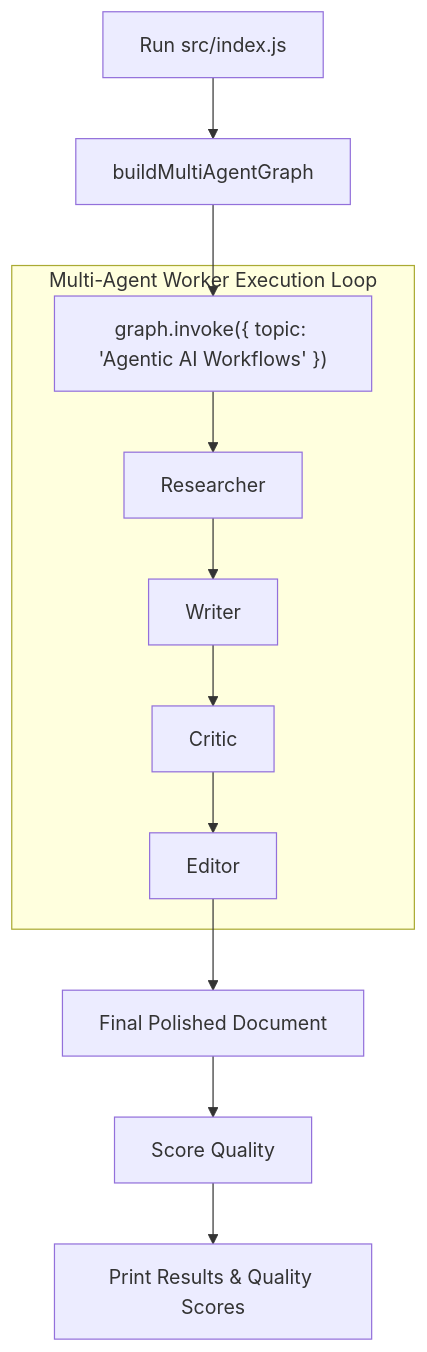
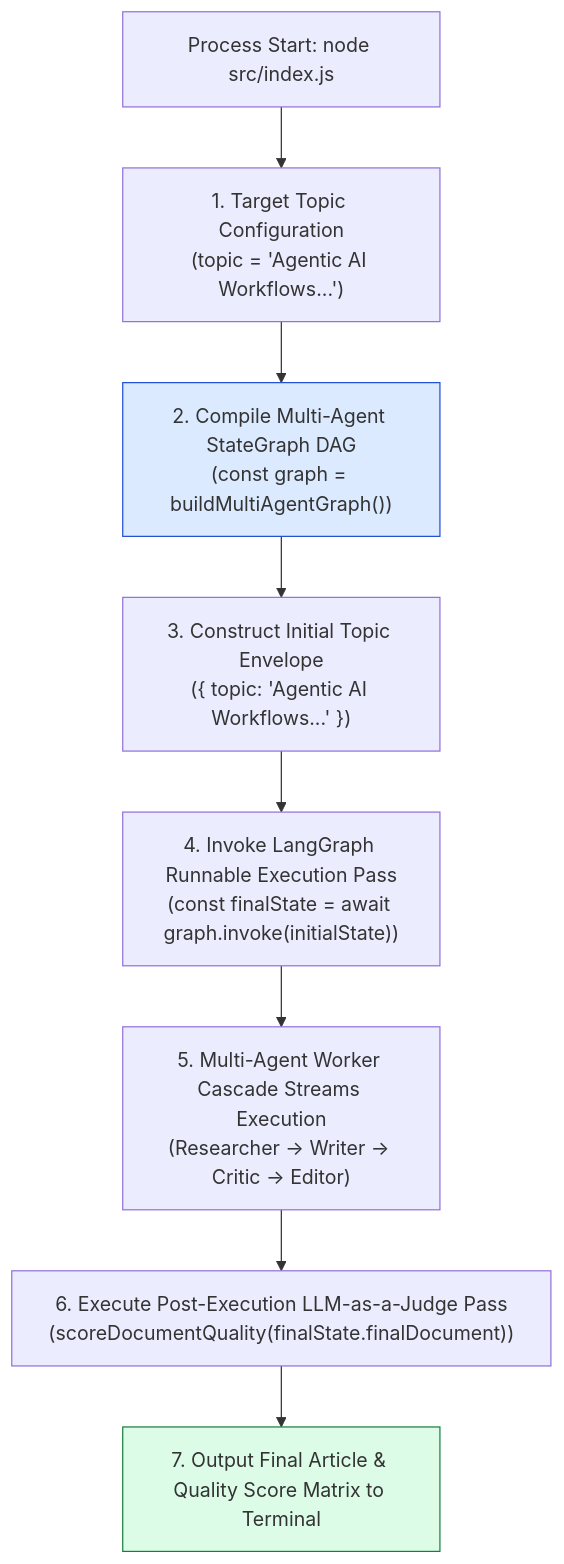
Before and after one commit to Amie-dev/engineering-playbook: the first of 2 diagrams in agentic-ai-notes/07-neta-multiagent/12-neta-multiagent-runner.md, drawn with Mermaid. The commit also changed other lines of this file and 12 other files, not shown here.

First line of the commit message:
Refactor multi-agent architecture with centralized memory bus, prompts, tools, and quality evaluation

````diff
--- a/agentic-ai-notes/07-neta-multiagent/12-neta-multiagent-runner.md
+++ b/agentic-ai-notes/07-neta-multiagent/12-neta-multiagent-runner.md
@@ -10,16 +13,19 @@
 ```mermaid
 flowchart TD
-    Start[Run src/index.js] --> BuildGraph[buildMultiAgentGraph]
-    BuildGraph --> Invoke["graph.invoke({ topic: 'Agentic AI Workflows' })"]
+    Launch[Process Start: node src/index.js] --> Step1["1. Target Topic Configuration<br/>(topic = 'Agentic AI Workflows...')"]
 
-    subgraph Multi-Agent Worker Execution Loop
-        Invoke --> Researcher[Researcher]
-        Researcher --> Writer[Writer]
-        Writer --> Critic[Critic]
-        Critic --> Editor[Editor]
-    end
+    Step1 --> Step2["2. Compile Multi-Agent StateGraph DAG<br/>(const graph = buildMultiAgentGraph())"]
 
-    Editor --> FinalDoc[Final Polished Document]
-    FinalDoc --> Eval[Score Quality]
-    Eval --> Output[Print Results & Quality Scores]
+    Step2 --> Step3["3. Construct Initial Topic Envelope<br/>({ topic: 'Agentic AI Workflows...' })"]
+
+    Step3 --> Step4["4. Invoke LangGraph Runnable Execution Pass<br/>(const finalState = await graph.invoke(initialState))"]
+
+    Step4 --> WorkerCascade["5. Multi-Agent Worker Cascade Streams Execution<br/>(Researcher -> Writer -> Critic -> Editor)"]
+
+    WorkerCascade --> Step6["6. Execute Post-Execution LLM-as-a-Judge Pass<br/>(scoreDocumentQuality(finalState.finalDocument))"]
+
+    Step6 --> OutputSummary["7. Output Final Article & Quality Score Matrix to Terminal"]
+
+    style Step2 fill:#dbeafe,stroke:#1d4ed8
+    style OutputSummary fill:#dcfce7,stroke:#15803d
 ```
````
